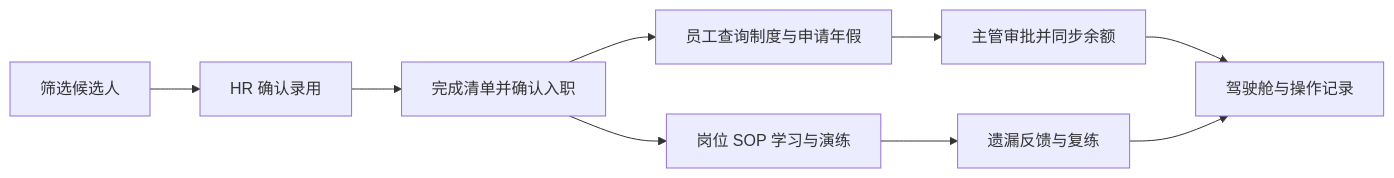
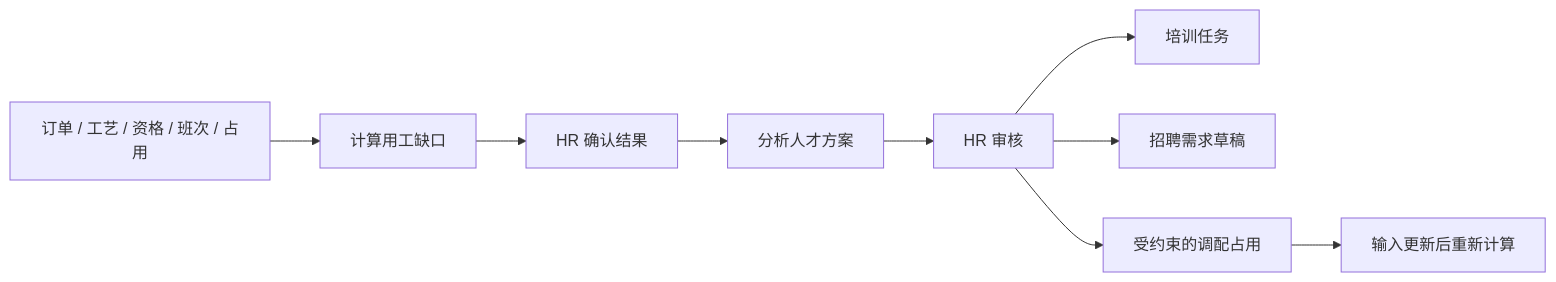
The second of 2 diagrams in README.md (ekitou7-design/People-Lab), drawn with Mermaid before and after one commit. The commit also changed other lines of this file and 1 other file, not shown here.

````diff
--- a/README.md
+++ b/README.md
@@ -75,11 +183,11 @@
 ```mermaid
 flowchart LR
-    A[筛选候选人] --> B[HR 确认录用]
-    B --> C[完成清单并确认入职]
-    C --> D[员工查询制度与申请年假]
-    D --> E[主管审批并同步余额]
-    C --> F[岗位 SOP 学习与演练]
-    F --> G[遗漏反馈与复练]
-    E --> H[驾驶舱与操作记录]
-    G --> H
+    A[订单 / 工艺 / 资格 / 班次 / 占用] --> B[计算用工缺口]
+    B --> C[HR 确认结果]
+    C --> D[分析人才方案]
+    D --> E[HR 审核]
+    E --> F[培训任务]
+    E --> G[招聘需求草稿]
+    E --> H[受约束的调配占用]
+    H --> I[输入更新后重新计算]
 ```
````
